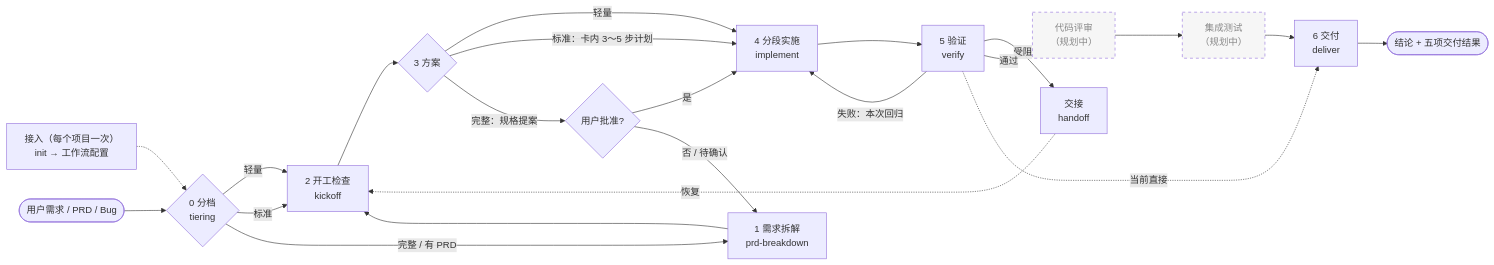
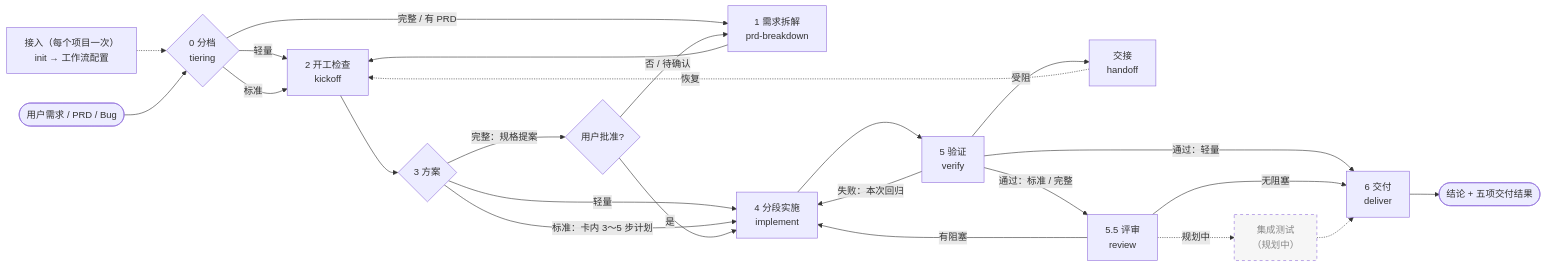
The second of 9 diagrams in README.md (lvzhiyi/randian-ai-workflow-native), drawn with Mermaid before and after one commit. The commit also changed other lines of this file and 11 other files, not shown here.

````diff
--- a/README.md
+++ b/README.md
@@ -51,27 +51,29 @@
 ```mermaid
 flowchart LR
     INIT["接入（每个项目一次）<br/>init → 工作流配置"] -.-> T
     IN([用户需求 / PRD / Bug]) --> T{"0 分档<br/>tiering"}
     T -->|轻量| K
     T -->|标准| K
     T -->|完整 / 有 PRD| R["1 需求拆解<br/>prd-breakdown"]
     R --> K["2 开工检查<br/>kickoff"]
     K --> PL{"3 方案"}
     PL -->|轻量| IM
     PL -->|标准：卡内 3～5 步计划| IM
     PL -->|完整：规格提案| AP{用户批准?}
     AP -->|是| IM["4 分段实施<br/>implement"]
     AP -->|否 / 待确认| R
     IM --> V["5 验证<br/>verify"]
     V -->|失败：本次回归| IM
     V -->|受阻| H["交接<br/>handoff"]
-    V -->|通过| CR["代码评审<br/>（规划中）"]
-    CR --> IT["集成测试<br/>（规划中）"]
-    IT --> DL["6 交付<br/>deliver"]
-    V -.当前直接.-> DL
+    V -->|通过：标准 / 完整| CR["5.5 评审<br/>review"]
+    V -->|通过：轻量| DL["6 交付<br/>deliver"]
+    CR -->|有阻塞| IM
+    CR -->|无阻塞| DL
+    CR -.规划中.-> IT["集成测试<br/>（规划中）"]
+    IT -.-> DL
     H -.恢复.-> K
     DL --> OUT([结论 + 五项交付结果])
 
     classDef planned stroke-dasharray: 5 5,fill:#f6f6f6,color:#888;
-    class CR,IT planned;
+    class IT planned;
 ```
````
